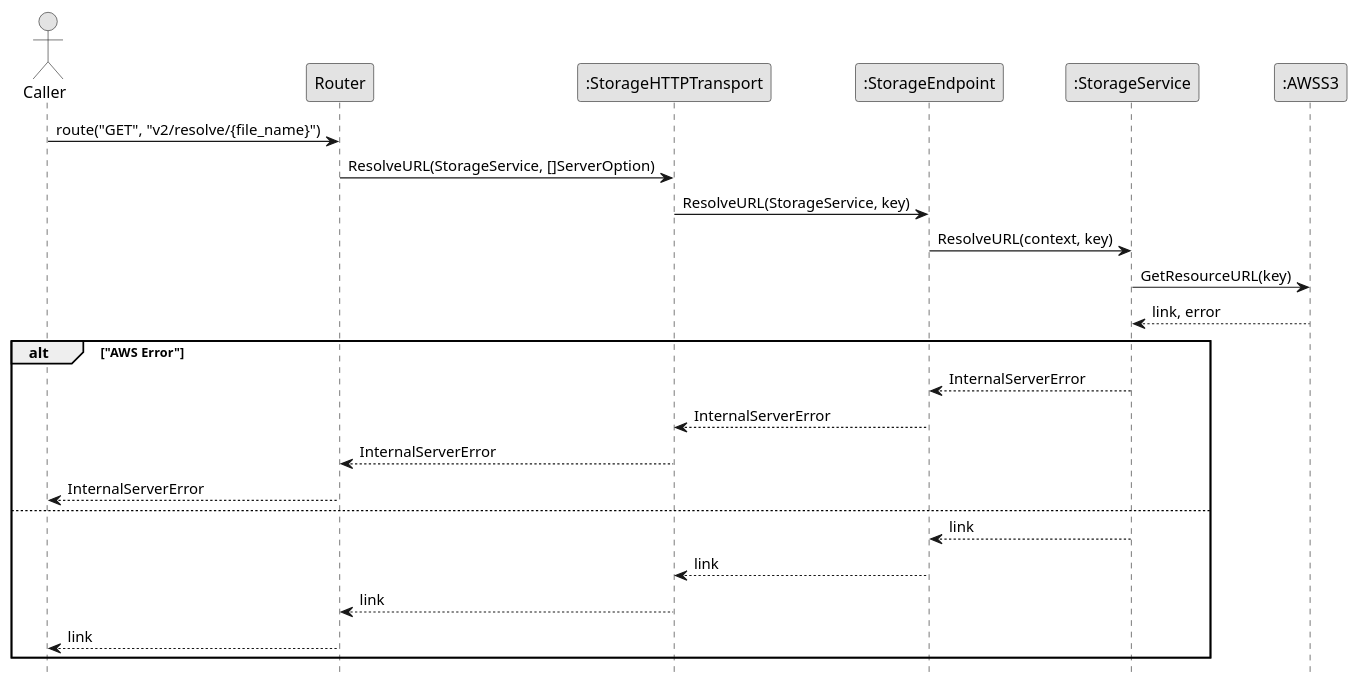
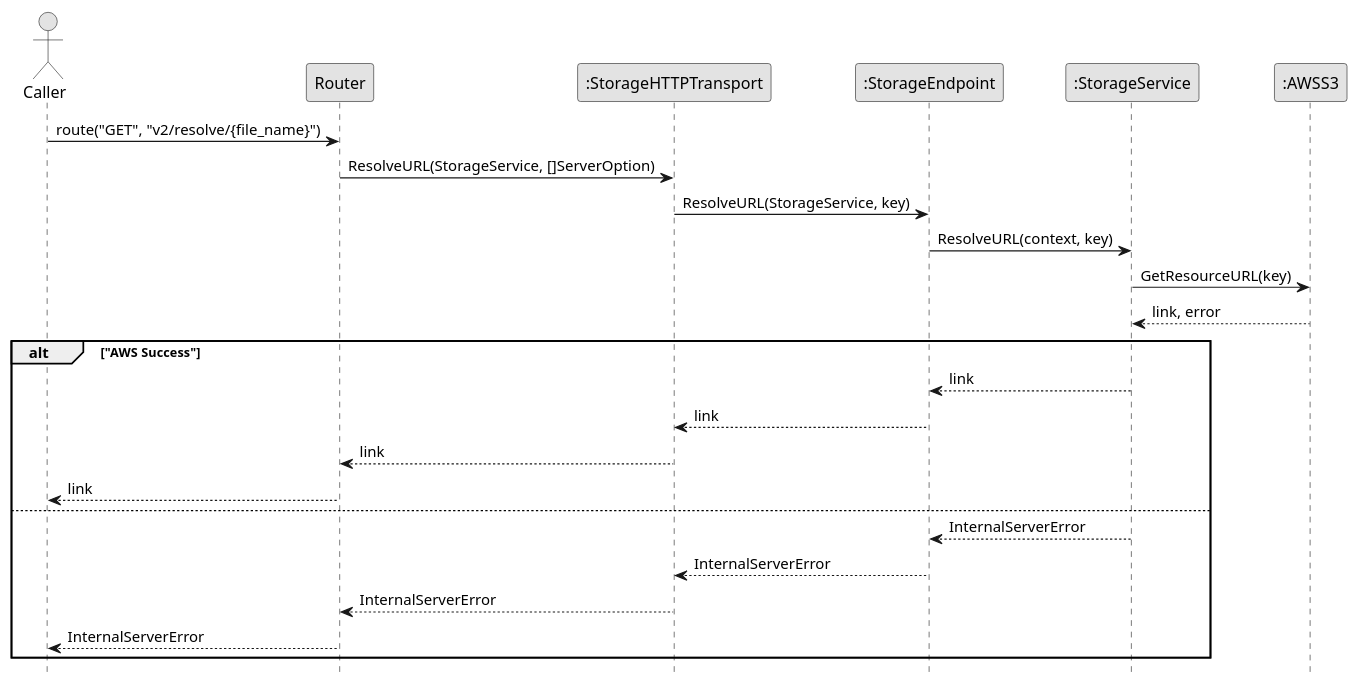
One commit to fwidjaya20/fazzlearning-uml changed the diagram in Final/Sequence/Storage/Resolve.wsd. Above: the diagram before and after it, drawn with PlantUML. The commit also changed 47 other files, not shown here.

```diff
--- a/Final/Sequence/Storage/Resolve.wsd
+++ b/Final/Sequence/Storage/Resolve.wsd
@@ -1,33 +1,33 @@
 @startuml Resolve
 
 skinparam Monochrome true
 skinparam Shadowing false
 hide footbox
 
 actor Caller
 participant "Router" as Router
 participant ":StorageHTTPTransport" as StorageHTTPTransport
 participant ":StorageEndpoint" as StorageEndpoint
 participant ":StorageService" as StorageService
 participant ":AWSS3" as AWSS3
 
 Caller->Router: route("GET", "v2/resolve/{file_name}")
 Router->StorageHTTPTransport: ResolveURL(StorageService, []ServerOption)
 StorageHTTPTransport->StorageEndpoint: ResolveURL(StorageService, key)
 StorageEndpoint->StorageService: ResolveURL(context, key)
 StorageService->AWSS3: GetResourceURL(key)
 AWSS3-->StorageService: link, error
 
-alt "AWS Error"
+alt "AWS Success"
+    StorageService-->StorageEndpoint: link
+    StorageEndpoint-->StorageHTTPTransport: link
+    StorageHTTPTransport-->Router: link
+    Router-->Caller: link
+else
     StorageService-->StorageEndpoint: InternalServerError
     StorageEndpoint-->StorageHTTPTransport: InternalServerError
     StorageHTTPTransport-->Router: InternalServerError
     Router-->Caller: InternalServerError
-else
-    StorageService-->StorageEndpoint: link
-    StorageEndpoint-->StorageHTTPTransport: link
-    StorageHTTPTransport-->Router: link
-    Router-->Caller: link
 end
 
 @enduml
```
